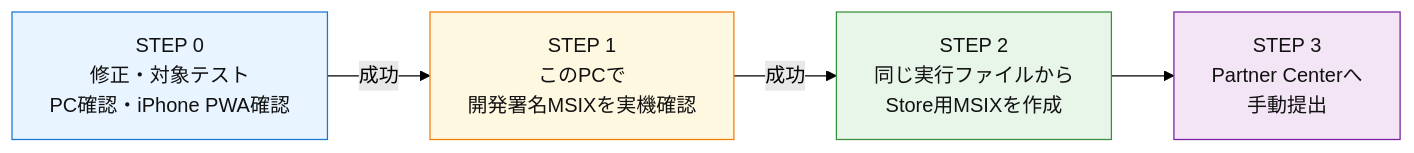
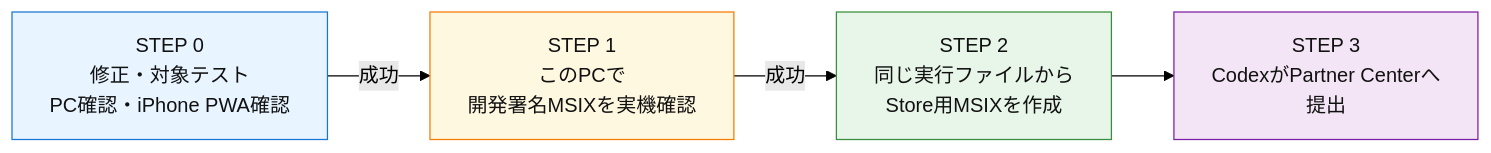
One commit to ore-no-fusen/ore-no-fusen changed the first of 2 diagrams in docs/010_RELEASE.md. Above: the diagram before and after it, drawn with Mermaid (forest theme). The commit also changed other lines of this file and 1 other file, not shown here.

````diff
--- a/docs/010_RELEASE.md
+++ b/docs/010_RELEASE.md
@@ -30,16 +46,16 @@
 ```mermaid
 flowchart LR
     A["STEP 0<br/>修正・対象テスト<br/>PC確認・iPhone PWA確認"]
     B["STEP 1<br/>このPCで<br/>開発署名MSIXを実機確認"]
     C["STEP 2<br/>同じ実行ファイルから<br/>Store用MSIXを作成"]
-    D["STEP 3<br/>Partner Centerへ<br/>手動提出"]
+    D["STEP 3<br/>CodexがPartner Centerへ<br/>提出"]
 
     A -->|成功| B
     B -->|成功| C
     C --> D
 
     style A fill:#e8f4ff,stroke:#1976d2,color:#111
     style B fill:#fff8e1,stroke:#f57c00,color:#111
     style C fill:#e8f5e9,stroke:#388e3c,color:#111
     style D fill:#f3e5f5,stroke:#7b1fa2,color:#111
 ```
````
